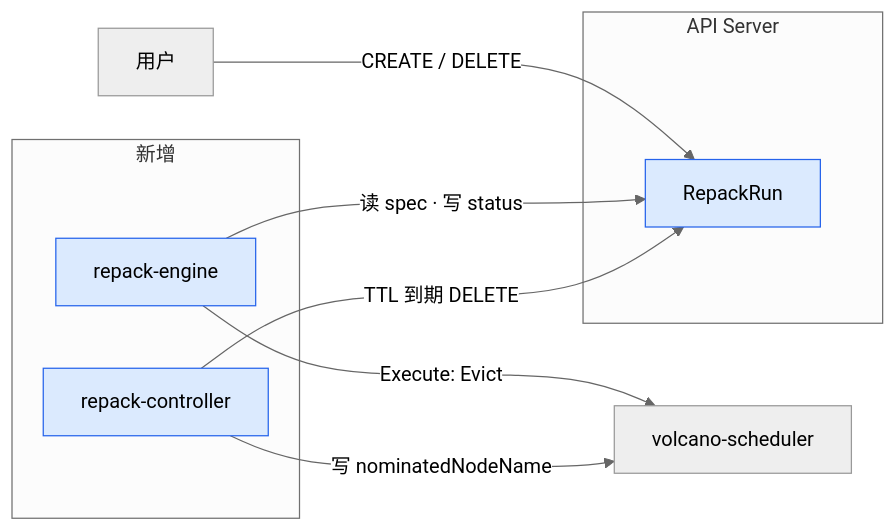
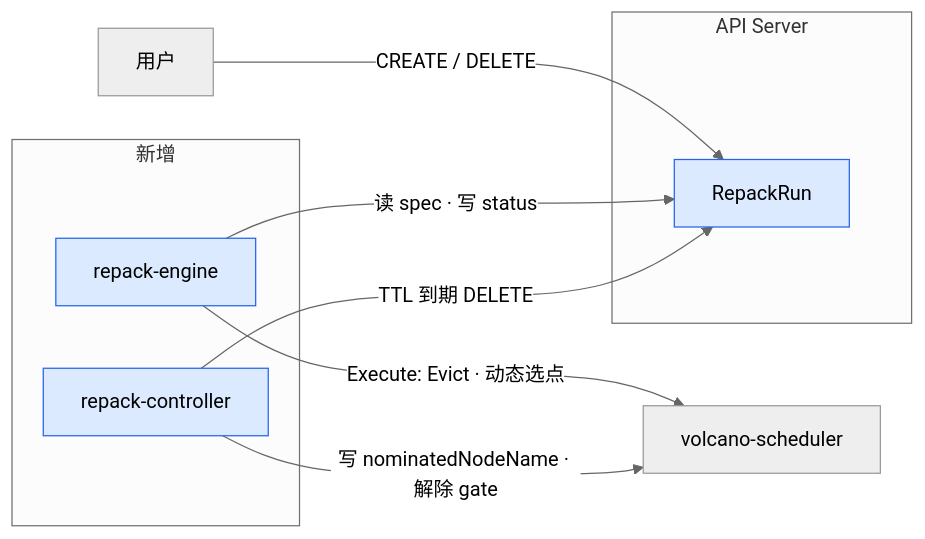
One commit to wangyang0616/volcano changed the second of 3 diagrams in docs/design/repack-module-architecture.md. Above: the diagram before and after it, drawn with Mermaid (neutral theme). The commit also changed other lines of this file and 35 other files, not shown here.

````diff
--- a/docs/design/repack-module-architecture.md
+++ b/docs/design/repack-module-architecture.md
@@ -79,25 +79,25 @@
 ```mermaid
 flowchart LR
     U[用户]
 
     subgraph API[API Server]
         RR[RepackRun]
     end
 
     subgraph 新增
         RE[repack-engine]
         RC[repack-controller]
     end
 
     VS[volcano-scheduler]
 
     U -->|CREATE / DELETE| RR
     RE -->|读 spec · 写 status| RR
     RC -->|TTL 到期 DELETE| RR
-    RE -->|Execute: Evict| VS
-    RC -->|写 nominatedNodeName| VS
+    RE -->|Execute: Evict · 动态选点| VS
+    RC -->|写 nominatedNodeName · 解除 gate| VS
 
     style RR fill:#dbeafe,stroke:#2563eb
     style RE fill:#dbeafe,stroke:#2563eb
     style RC fill:#dbeafe,stroke:#2563eb
 ```
````
